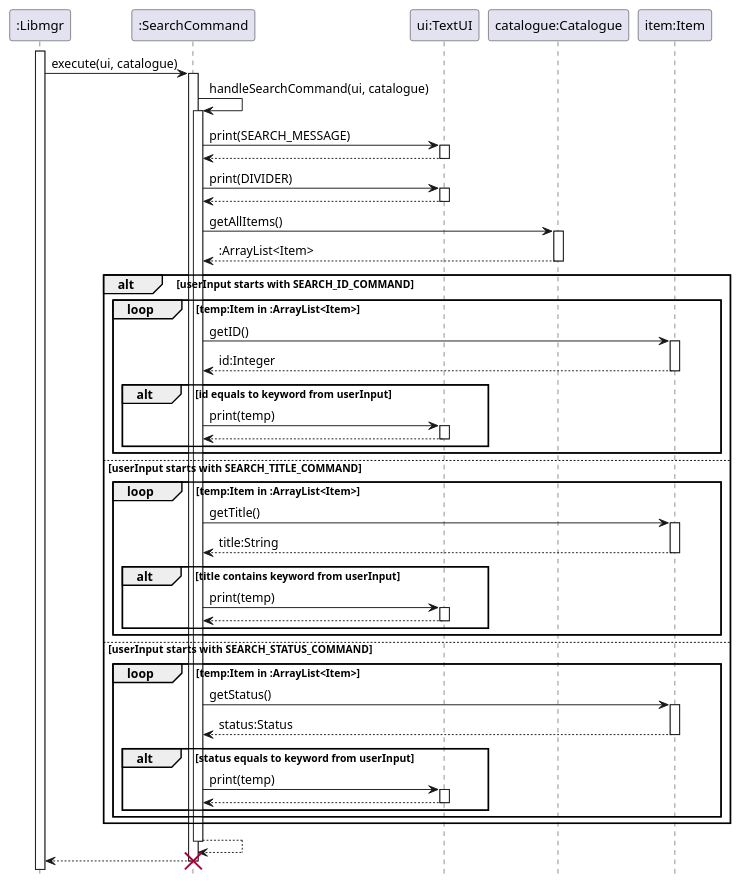
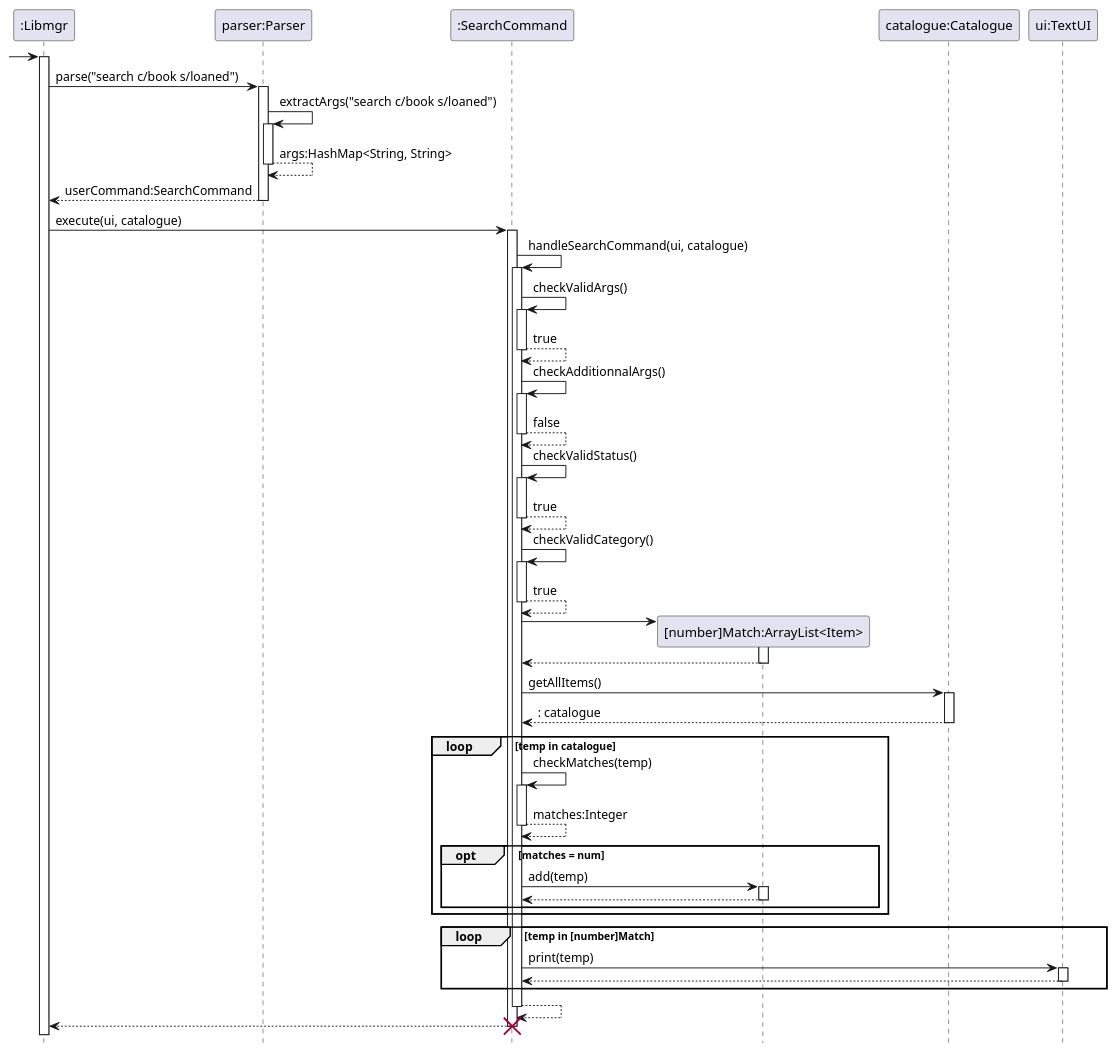
Before and after one commit to nus-cs2113-AY2122S1/tp: the diagram in docs/diagrams/SearchFunctionSequence.puml, drawn with PlantUML. The commit also changed 2 other files, not shown here.

```diff
--- a/docs/diagrams/SearchFunctionSequence.puml
+++ b/docs/diagrams/SearchFunctionSequence.puml
@@ -1,66 +1,76 @@
 @startuml
 'https://plantuml.com/sequence-diagram
 hide footbox
 
-Participant ":Libmgr" as Libmgr
+Participant ":Libmgr" as libmgr
+Participant "parser:Parser" as parser
 Participant ":SearchCommand" as searchCommand
+Participant "[number]Match:ArrayList<Item>" as numMatch
+Participant "catalogue:Catalogue" as catalogue
 Participant "ui:TextUI" as ui
-Participant "catalogue:Catalogue" as catalogue
-Participant "item:Item" as item
 
-activate Libmgr
-Libmgr -> searchCommand:execute(ui, catalogue)
+-> libmgr
+activate libmgr
+
+libmgr -> parser:parse("search c/book s/loaned")
+activate parser
+parser -> parser:extractArgs("search c/book s/loaned")
+activate parser
+return args:HashMap<String, String>
+return userCommand:SearchCommand
+
+libmgr -> searchCommand:execute(ui, catalogue)
 activate searchCommand
 searchCommand -> searchCommand:handleSearchCommand(ui, catalogue)
 activate searchCommand
-searchCommand -> ui:print(SEARCH_MESSAGE)
-activate ui
+
+searchCommand -> searchCommand:checkValidArgs()
+activate searchCommand
+return true
+
+searchCommand -> searchCommand:checkAdditionnalArgs()
+activate searchCommand
+return false
+
+searchCommand -> searchCommand:checkValidStatus()
+activate searchCommand
+return true
+
+searchCommand -> searchCommand:checkValidCategory()
+activate searchCommand
+return true
+
+create numMatch
+searchCommand -> numMatch
+activate numMatch
 return
-searchCommand -> ui:print(DIVIDER)
-activate ui
-return
+
 searchCommand -> catalogue:getAllItems()
 activate catalogue
-return :ArrayList<Item>
-alt userInput starts with SEARCH_ID_COMMAND
-    loop temp:Item in :ArrayList<Item>
-        searchCommand -> item:getID()
-        activate item
-        return id:Integer
-        alt id equals to keyword from userInput
-        searchCommand -> ui:print(temp)
-        activate ui
+return : catalogue
+
+loop temp in catalogue
+    searchCommand -> searchCommand:checkMatches(temp)
+    activate searchCommand
+    return matches:Integer
+    opt matches = num
+        searchCommand -> numMatch:add(temp)
+        activate numMatch
         return
-        end
-    end
-else userInput starts with SEARCH_TITLE_COMMAND
-    loop temp:Item in :ArrayList<Item>
-        searchCommand -> item:getTitle()
-        activate item
-        return title:String
-        alt title contains keyword from userInput
-        searchCommand -> ui:print(temp)
-        activate ui
-        return
-        end
-    end
-else userInput starts with SEARCH_STATUS_COMMAND
-    loop temp:Item in :ArrayList<Item>
-        searchCommand -> item:getStatus()
-        activate item
-        return status:Status
-        alt status equals to keyword from userInput
-        searchCommand -> ui:print(temp)
-        activate ui
-        return
-        end
     end
 end
+
+loop temp in [number]Match
+    searchCommand -> ui:print(temp)
+    activate ui
+    return
+end
+
 return
 return
 destroy searchCommand
 
 
 
 
 @enduml
```
